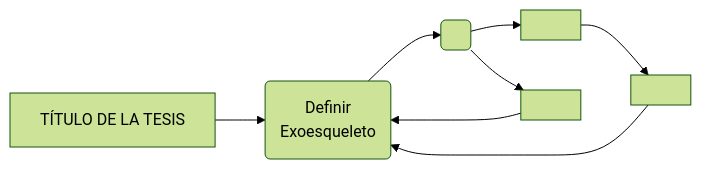
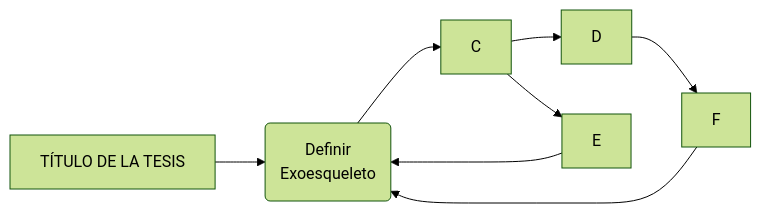
One commit to ing-edinguer/Edinguer-CIATEQ changed the diagram in proceso/proceso-gral.md. Above: the diagram before and after it, drawn with Mermaid (forest theme).

````diff
--- a/proceso/proceso-gral.md
+++ b/proceso/proceso-gral.md
@@ -1,11 +1,11 @@
 ```mermaid
 graph LR
     A[TÍTULO DE LA TESIS] --> B(Definir
 Exoesqueleto)
-    B --> C( )
-    C --> D[ ]
-    C --> E[ ]
+    B --> C
+    C --> D
+    C --> E
     E --> B
-    D --> F[ ]
+    D --> F
     F --> B
 ```
````
